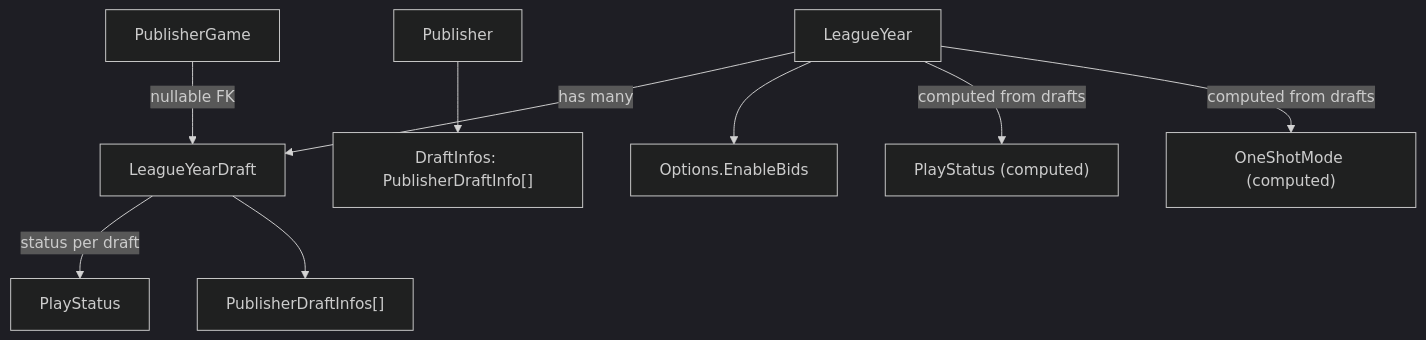
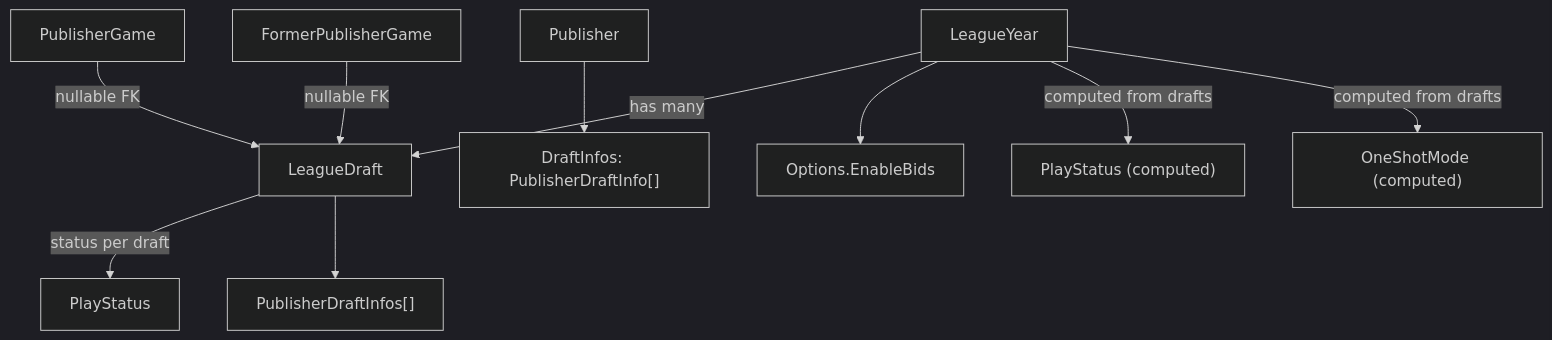
Before and after one commit to SteveF92/FantasyCritic: the diagram in .cursor/plans/multi-draft-leagues.plan.md, drawn with Mermaid (dark theme). The commit also changed other lines of this file, not shown here.

Commit message:
Update multi-draft leagues plan: renames, EnableBids migration, reset/delete draft, CreateNextDraft slot expansion.

````diff
--- a/.cursor/plans/multi-draft-leagues.plan.md
+++ b/.cursor/plans/multi-draft-leagues.plan.md
@@ -51,11 +51,12 @@
 ```mermaid
 flowchart TD
-    LeagueYear -->|"has many"| LeagueYearDraft
-    LeagueYearDraft -->|"status per draft"| PlayStatus
-    LeagueYearDraft --> PublisherDraftInfos["PublisherDraftInfos[]"]
+    LeagueYear -->|"has many"| LeagueDraft
+    LeagueDraft -->|"status per draft"| PlayStatus
+    LeagueDraft --> PublisherDraftInfos["PublisherDraftInfos[]"]
     Publisher --> DraftInfos["DraftInfos: PublisherDraftInfo[]"]
-    PublisherGame -->|"nullable FK"| LeagueYearDraft
+    PublisherGame -->|"nullable FK"| LeagueDraft
+    FormerPublisherGame -->|"nullable FK"| LeagueDraft
     LeagueYear --> EnableBids["Options.EnableBids"]
     LeagueYear -->|"computed from drafts"| ComputedPlayStatus["PlayStatus (computed)"]
     LeagueYear -->|"computed from drafts"| OneShotMode["OneShotMode (computed)"]
 ```
````
